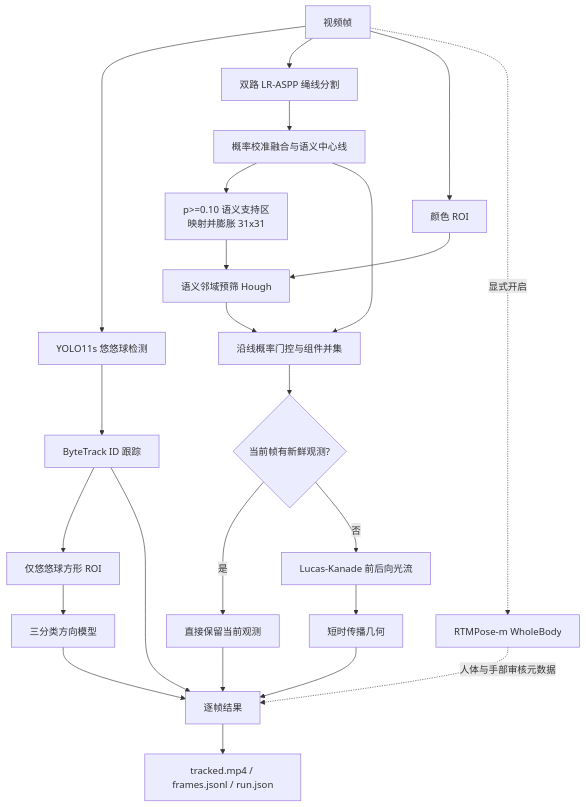
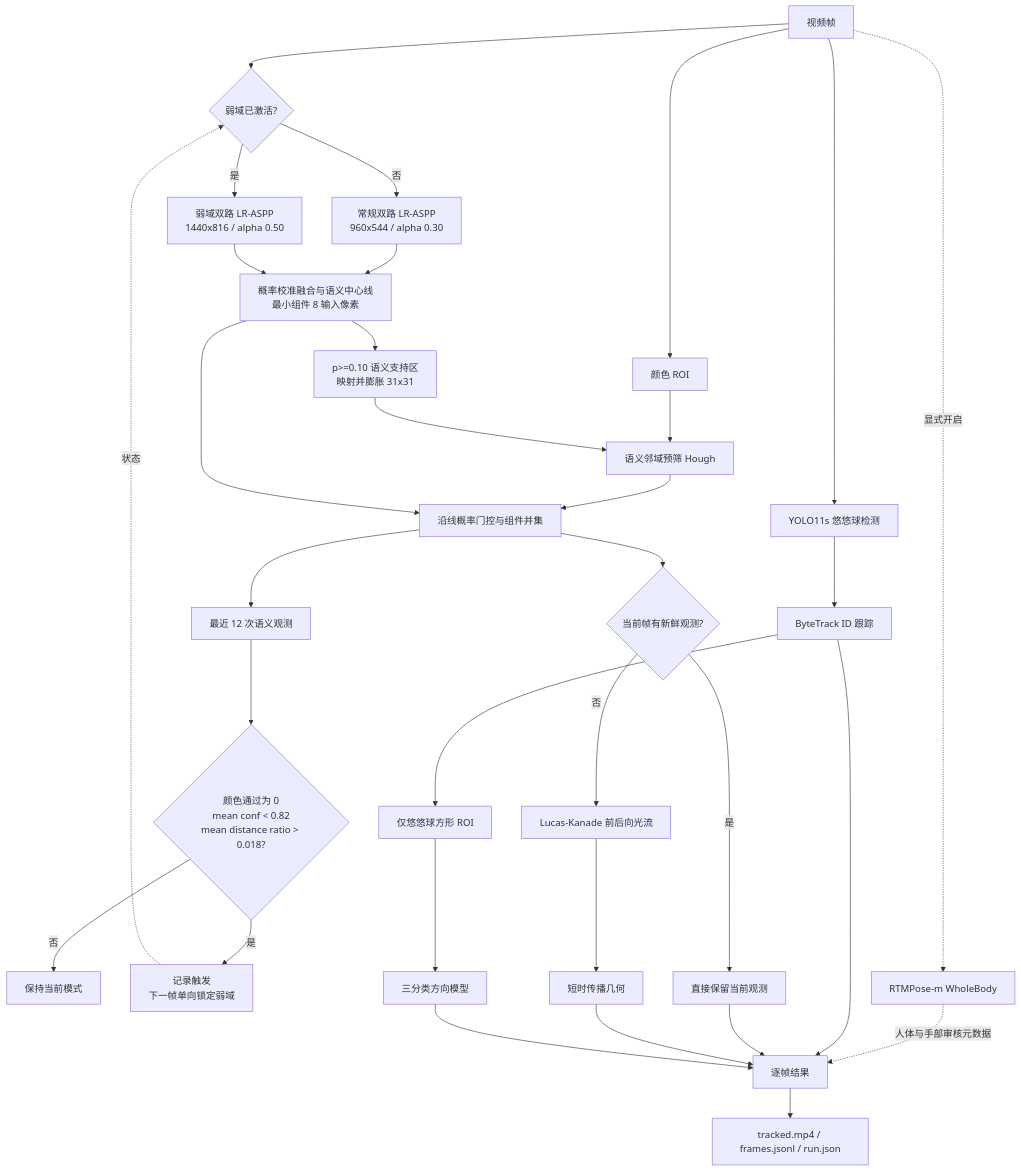
The sixth of 6 diagrams in reports/architecture_pipeline.md (EvannZhongg/YoYo-Model), drawn with Mermaid before and after one commit. The commit also changed 8 other files, not shown here.

````diff
--- a/reports/architecture_pipeline.md
+++ b/reports/architecture_pipeline.md
@@ -185,30 +185,38 @@
 ```mermaid
 flowchart TD
     A[视频帧] --> B[YOLO11s 悠悠球检测]
     B --> C[ByteTrack ID 跟踪]
 
-    A --> D[双路 LR-ASPP 绳线分割]
-    D --> E[概率校准融合与语义中心线]
+    A --> V{弱域已激活?}
+    V -->|否| D[常规双路 LR-ASPP<br/>960x544 / alpha 0.30]
+    V -->|是| U[弱域双路 LR-ASPP<br/>1440x816 / alpha 0.50]
+    D --> E[概率校准融合与语义中心线<br/>最小组件 8 输入像素]
+    U --> E
     A --> L[颜色 ROI]
     E --> M[p&gt;=0.10 语义支持区<br/>映射并膨胀 31x31]
     L --> N[语义邻域预筛 Hough]
     M --> N
     N --> O[沿线概率门控与组件并集]
     E --> O
+    O --> S[最近 12 次语义观测]
+    S --> T{颜色通过为 0<br/>mean conf &lt; 0.82<br/>mean distance ratio &gt; 0.018?}
+    T -->|否| W[保持当前模式]
+    T -->|是| X[记录触发<br/>下一帧单向锁定弱域]
+    X -. 状态 .-> V
     O --> Q{当前帧有新鲜观测?}
     Q -->|是| F[直接保留当前观测]
     Q -->|否| R[Lucas-Kanade 前后向光流]
     R --> P[短时传播几何]
 
     C --> G[仅悠悠球方形 ROI]
     G --> H[三分类方向模型]
 
     A -. 显式开启 .-> I[RTMPose-m WholeBody]
     I -. 人体与手部审核元数据 .-> J
 
     C --> J[逐帧结果]
     F --> J
     P --> J
     H --> J
     J --> K[tracked.mp4 / frames.jsonl / run.json]
 ```
````
